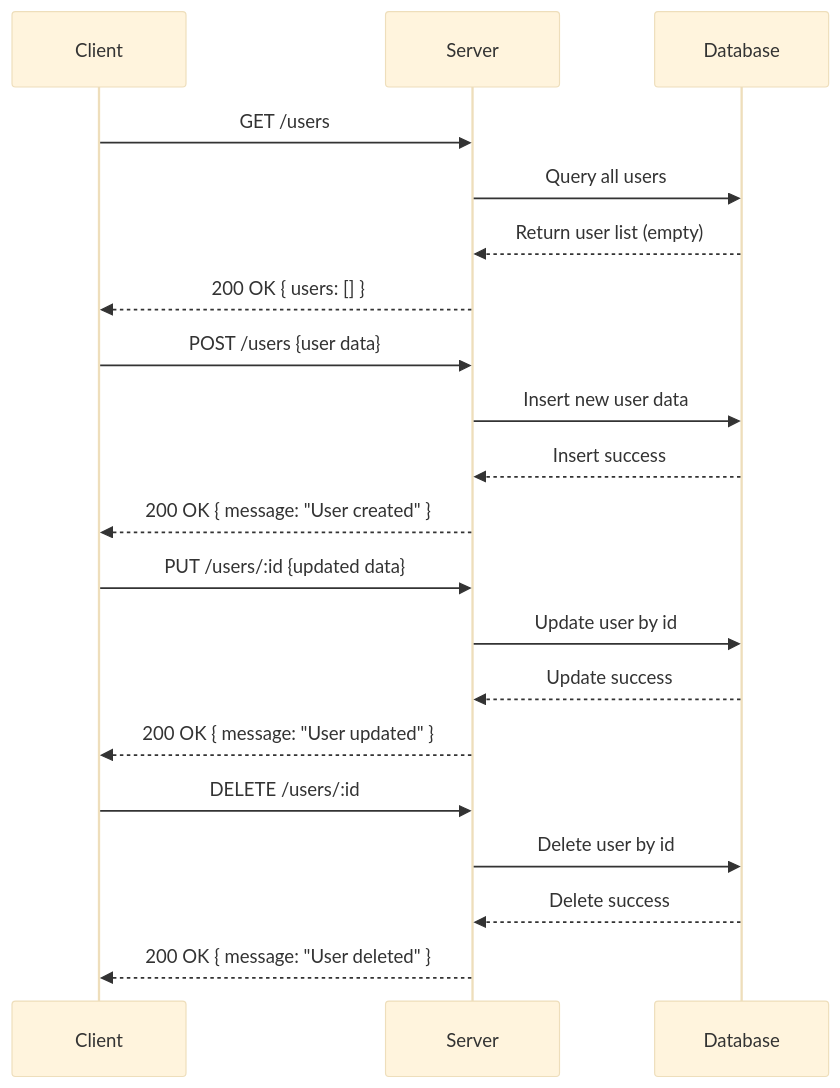
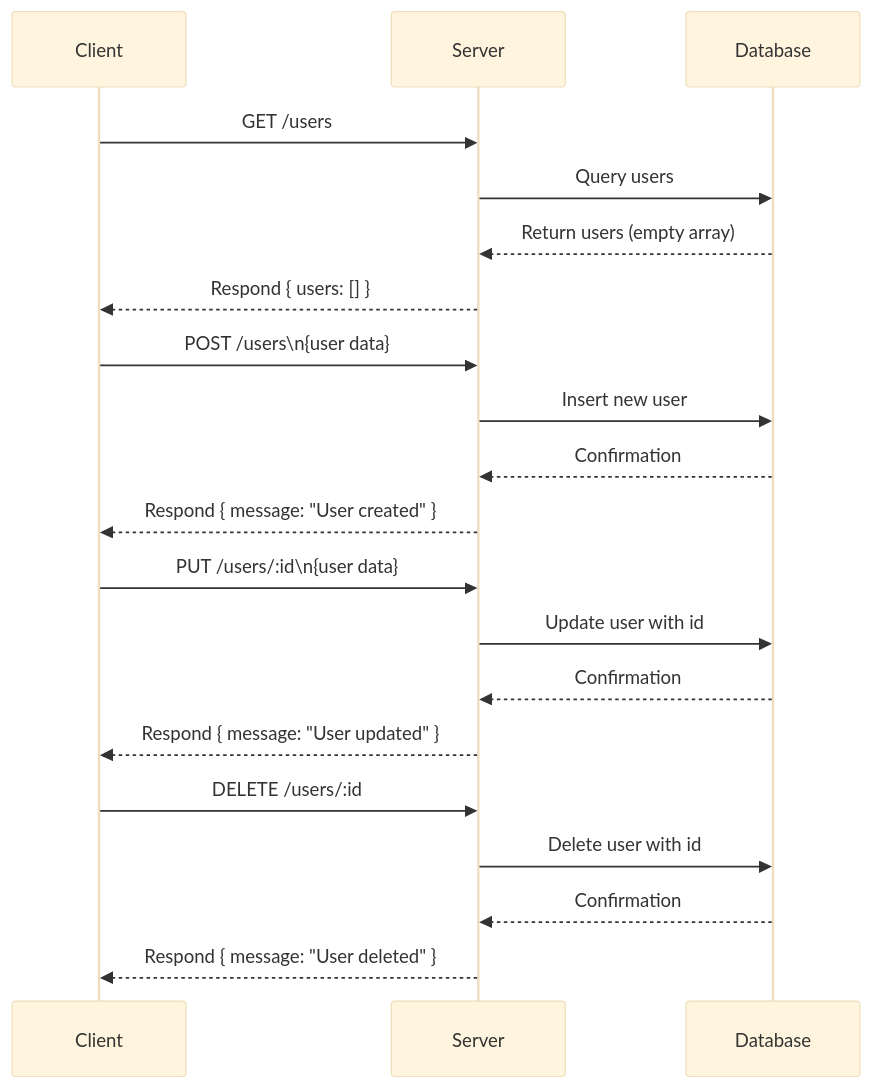
Before and after one commit to shruthikha/sample-api-project: the diagram in generated-api-docs.md, drawn with Mermaid (base theme). The commit also changed other lines of this file, not shown here.

````diff
--- a/generated-api-docs.md
+++ b/generated-api-docs.md
@@ -290,26 +232,26 @@
 ```mermaid
 sequenceDiagram
-    participant Client
-    participant Server
-    participant Database
+  participant Client
+  participant Server
+  participant Database
 
-    Client->>Server: GET /users
-    Server->>Database: Query all users
-    Database-->>Server: Return user list (empty)
-    Server-->>Client: 200 OK { users: [] }
+  Client->>Server: GET /users
+  Server->>Database: Query users
+  Database-->>Server: Return users (empty array)
+  Server-->>Client: Respond { users: [] }
 
-    Client->>Server: POST /users {user data}
-    Server->>Database: Insert new user data
-    Database-->>Server: Insert success
-    Server-->>Client: 200 OK { message: "User created" }
+  Client->>Server: POST /users\n{user data}
+  Server->>Database: Insert new user
+  Database-->>Server: Confirmation
+  Server-->>Client: Respond { message: "User created" }
 
-    Client->>Server: PUT /users/:id {updated data}
-    Server->>Database: Update user by id
-    Database-->>Server: Update success
-    Server-->>Client: 200 OK { message: "User updated" }
+  Client->>Server: PUT /users/:id\n{user data}
+  Server->>Database: Update user with id
+  Database-->>Server: Confirmation
+  Server-->>Client: Respond { message: "User updated" }
 
-    Client->>Server: DELETE /users/:id
-    Server->>Database: Delete user by id
-    Database-->>Server: Delete success
-    Server-->>Client: 200 OK { message: "User deleted" }
+  Client->>Server: DELETE /users/:id
+  Server->>Database: Delete user with id
+  Database-->>Server: Confirmation
+  Server-->>Client: Respond { message: "User deleted" }
 ```
````
